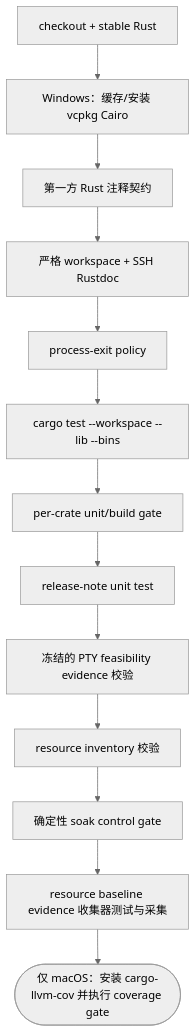
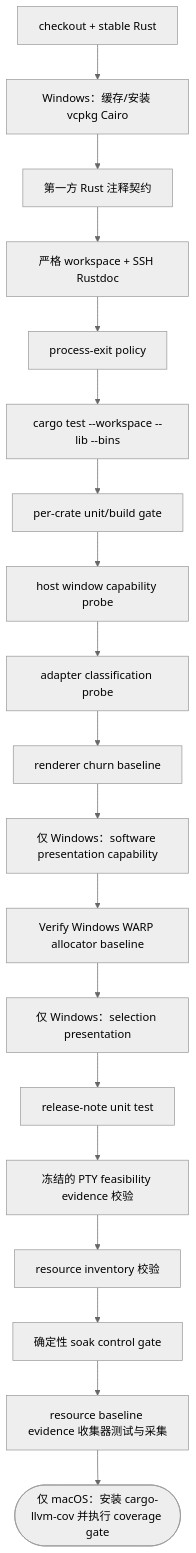
Before and after one commit to D0n9X1n/SonicTerm: the third of 4 diagrams in wiki/Development-and-Release.md, drawn with Mermaid (neutral theme). The commit also changed other lines of this file and 16 other files, not shown here.

````diff
--- a/wiki/Development-and-Release.md
+++ b/wiki/Development-and-Release.md
@@ -462,29 +507,41 @@
 ```mermaid
 flowchart TD
     checkout["checkout + stable Rust"]
     cairo["Windows：缓存/安装 vcpkg Cairo"]
     comments["第一方 Rust 注释契约"]
     rustdoc["严格 workspace + SSH Rustdoc"]
     exitpolicy["process-exit policy"]
     wstest["cargo test --workspace --lib --bins"]
     percrate["per-crate unit/build gate"]
+    hostprobe["host window capability probe"]
+    adapterprobe["adapter classification probe"]
+    churn["renderer churn baseline"]
+    softpresent["仅 Windows：software presentation capability"]
+    warp["Verify Windows WARP allocator baseline"]
+    selection["仅 Windows：selection presentation"]
     notes["release-note unit test"]
     pty["冻结的 PTY feasibility evidence 校验"]
     inventory["resource inventory 校验"]
     soak["确定性 soak control gate"]
     baseline["resource baseline evidence 收集器测试与采集"]
     coverage(["仅 macOS：安装 cargo-llvm-cov 并执行 coverage gate"])
 
     checkout --> cairo
     cairo --> comments
     comments --> rustdoc
     rustdoc --> exitpolicy
     exitpolicy --> wstest
     wstest --> percrate
-    percrate --> notes
+    percrate --> hostprobe
+    hostprobe --> adapterprobe
+    adapterprobe --> churn
+    churn --> softpresent
+    softpresent --> warp
+    warp --> selection
+    selection --> notes
     notes --> pty
     pty --> inventory
     inventory --> soak
     soak --> baseline
     baseline --> coverage
 ```
````
